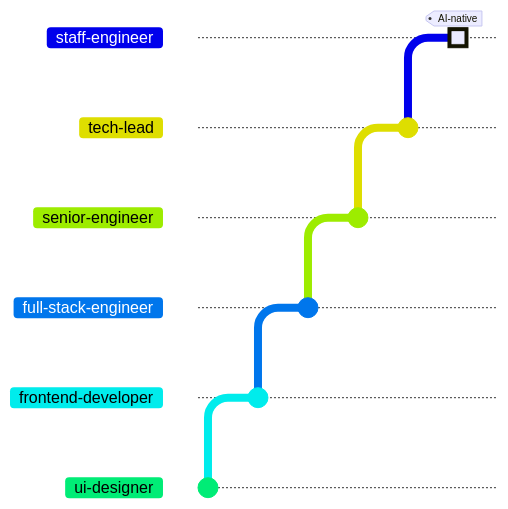
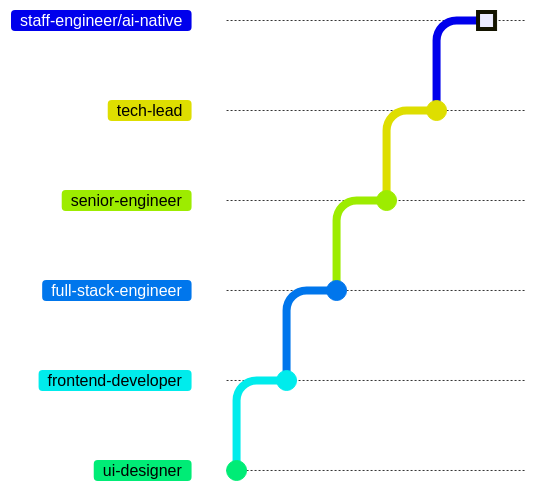
One commit to MuzafferDede/muzafferdede changed the diagram in Readme.md. Above: the diagram before and after it, drawn with Mermaid. Commit ids are hidden.

Commit message:
Name the top branch staff-engineer/ai-native

````diff
--- a/Readme.md
+++ b/Readme.md
@@ -1,15 +1,15 @@
 ```mermaid
 %%{init: {'gitGraph': {'mainBranchName': 'ui-designer', 'mainBranchOrder': 5, 'showCommitLabel': false}}}%%
 gitGraph LR:
   commit
   branch frontend-developer order: 4
   commit
   branch full-stack-engineer order: 3
   commit
   branch senior-engineer order: 2
   commit
   branch tech-lead order: 1
   commit
-  branch staff-engineer order: 0
-  commit type: HIGHLIGHT tag: "AI-native"
+  branch staff-engineer/ai-native order: 0
+  commit type: HIGHLIGHT
 ```
````
